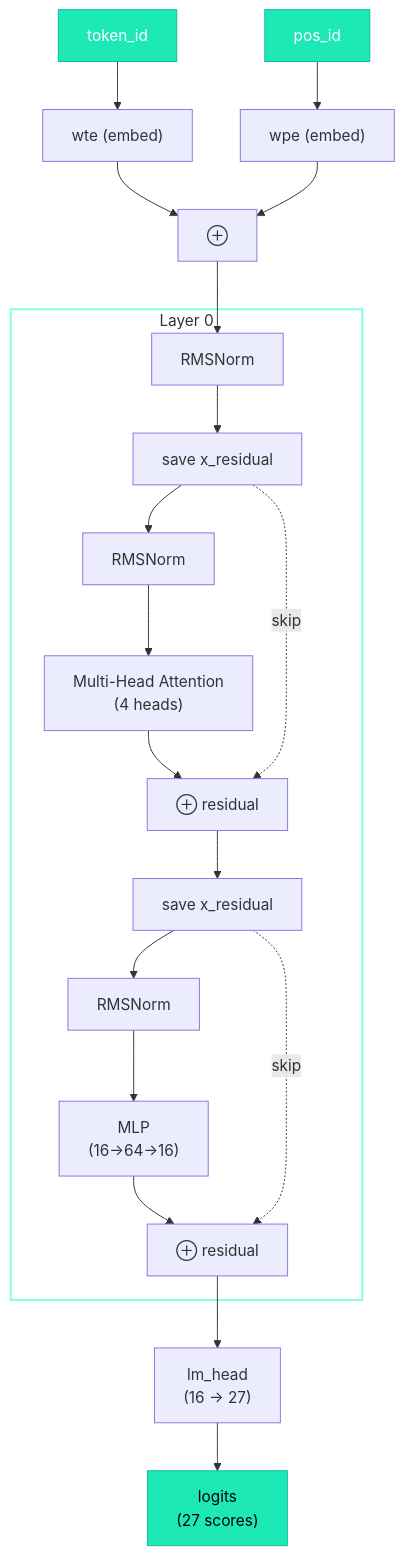
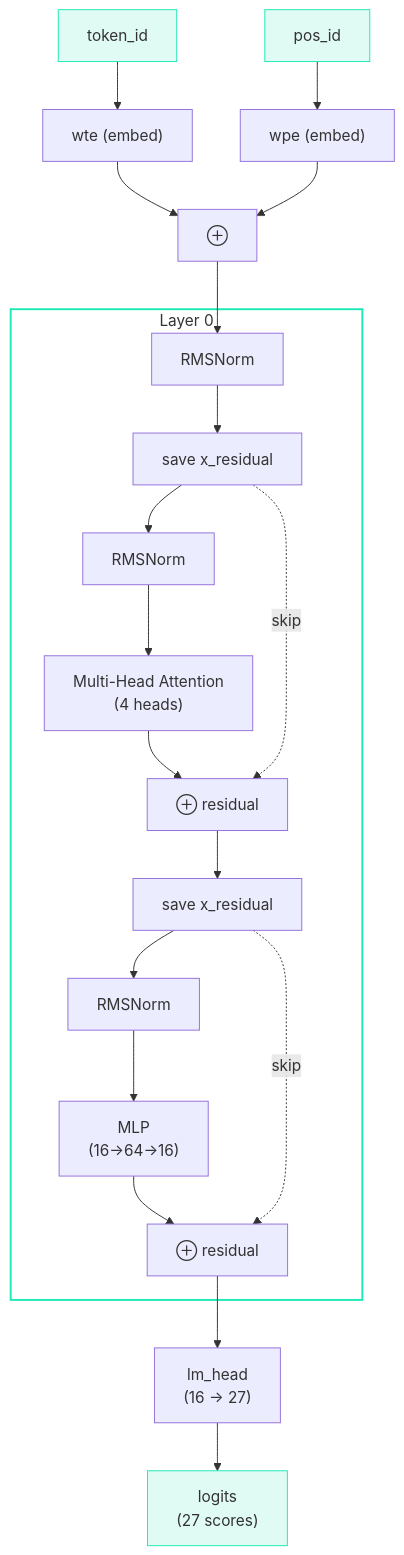
One commit to iamkhalid2/microgpt-course changed the diagram in docs/03-the-architecture/09-the-full-gpt-function.md. Above: the diagram before and after it, drawn with Mermaid. The commit also changed 21 other files, not shown here.

Commit message:
Fix Mermaid: remove hardcoded text color (theme-adaptive), add mobile scrolling, fix \\n to br

````diff
--- a/docs/03-the-architecture/09-the-full-gpt-function.md
+++ b/docs/03-the-architecture/09-the-full-gpt-function.md
@@ -98,29 +98,29 @@
 ```mermaid
 flowchart TD
     TID["token_id"] --> WTE["wte (embed)"]
     PID["pos_id"] --> WPE["wpe (embed)"]
     WTE --> ADD1["⊕"]
     WPE --> ADD1
     ADD1 --> NORM0["RMSNorm"]
 
     subgraph layer["Layer 0"]
         NORM0 --> SAVE1["save x_residual"]
         SAVE1 --> NORM1["RMSNorm"]
-        NORM1 --> ATTN["Multi-Head Attention\n(4 heads)"]
+        NORM1 --> ATTN["Multi-Head Attention<br>(4 heads)"]
         ATTN --> RES1["⊕ residual"]
         SAVE1 -. "skip" .-> RES1
         RES1 --> SAVE2["save x_residual"]
         SAVE2 --> NORM2["RMSNorm"]
-        NORM2 --> MLP["MLP\n(16→64→16)"]
+        NORM2 --> MLP["MLP<br>(16→64→16)"]
         MLP --> RES2["⊕ residual"]
         SAVE2 -. "skip" .-> RES2
     end
 
-    RES2 --> LM["lm_head\n(16 → 27)"]
-    LM --> OUT["logits\n(27 scores)"]
+    RES2 --> LM["lm_head<br>(16 → 27)"]
+    LM --> OUT["logits<br>(27 scores)"]
 
-    style TID fill:#1de9b6,stroke:#0db99a,color:#fff
-    style PID fill:#1de9b6,stroke:#0db99a,color:#fff
-    style OUT fill:#1de9b6,stroke:#0db99a,color:#000
-    style layer fill:none,stroke:#80ffe5,stroke-width:2px
+    style TID fill:#e0faf4,stroke:#1de9b6
+    style PID fill:#e0faf4,stroke:#1de9b6
+    style OUT fill:#e0faf4,stroke:#1de9b6
+    style layer fill:none,stroke:#1de9b6,stroke-width:2px
 ```
````
